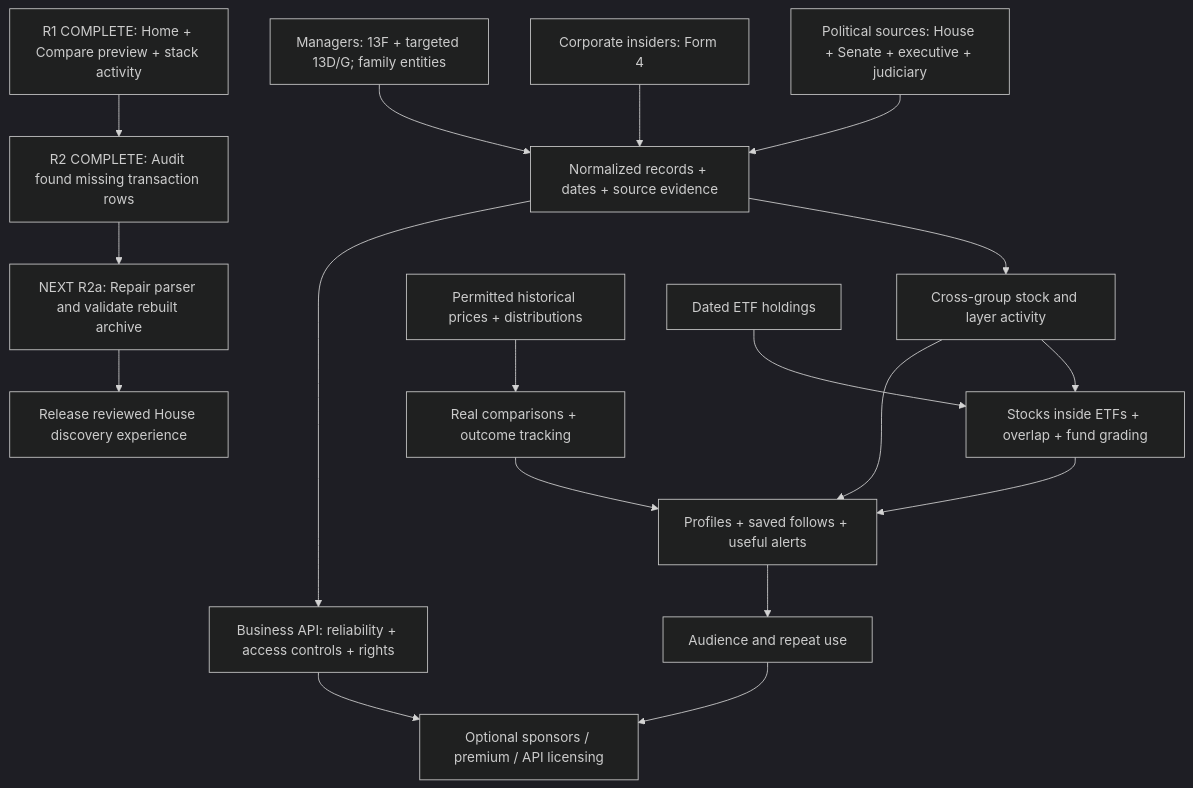
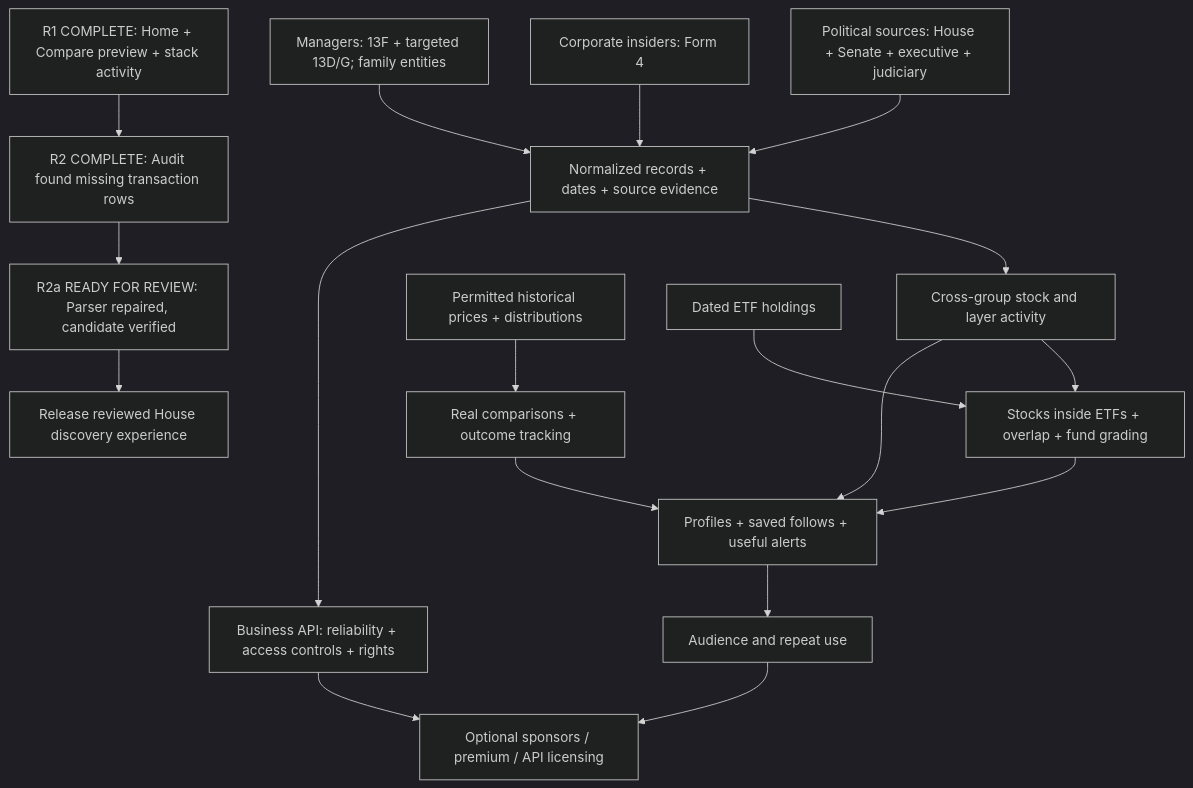
One commit to tLordJoe/intelligence-trade changed the diagram in docs/OUTFOX_BUILD_ROADMAP.md. Above: the diagram before and after it, drawn with Mermaid (dark theme). The commit also changed other lines of this file and 24 other files, not shown here.

````diff
--- a/docs/OUTFOX_BUILD_ROADMAP.md
+++ b/docs/OUTFOX_BUILD_ROADMAP.md
@@ -33,20 +33,20 @@
 ```mermaid
 flowchart TD
   A[R1 COMPLETE: Home + Compare preview + stack activity] --> B[R2 COMPLETE: Audit found missing transaction rows]
-  B --> Q[NEXT R2a: Repair parser and validate rebuilt archive]
+  B --> Q[R2a READY FOR REVIEW: Parser repaired, candidate verified]
   Q --> C[Release reviewed House discovery experience]
   D[Political sources: House + Senate + executive + judiciary] --> G[Normalized records + dates + source evidence]
   E[Corporate insiders: Form 4] --> G
   F[Managers: 13F + targeted 13D/G; family entities] --> G
   G --> H[Cross-group stock and layer activity]
   I[Permitted historical prices + distributions] --> J[Real comparisons + outcome tracking]
   K[Dated ETF holdings] --> L[Stocks inside ETFs + overlap + fund grading]
   H --> L
   H --> M[Profiles + saved follows + useful alerts]
   J --> M
   L --> M
   M --> N[Audience and repeat use]
   G --> O[Business API: reliability + access controls + rights]
   N --> P[Optional sponsors / premium / API licensing]
   O --> P
 ```
````
